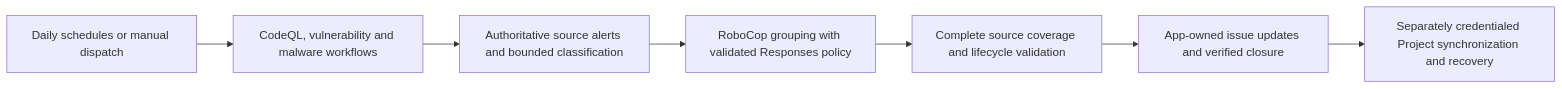
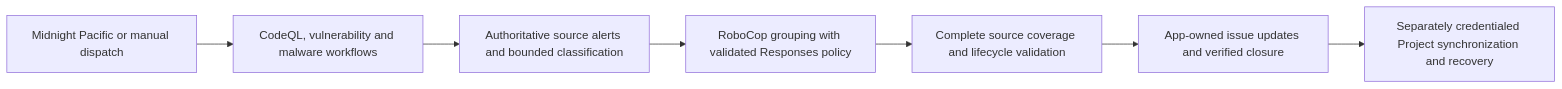
The third of 4 diagrams in .github/workflows/README.md (VanillaIceCube/MacroMapper), drawn with Mermaid before and after one commit. The commit also changed other lines of this file and 7 other files, not shown here.

Commit message:
ci: schedule security workflows at midnight Pacific

````diff
--- a/.github/workflows/README.md
+++ b/.github/workflows/README.md
@@ -625,9 +625,9 @@
 ```mermaid
 flowchart LR
-  Schedule[Daily schedules or manual dispatch] --> Feeds[CodeQL, vulnerability and malware workflows]
+  Schedule[Midnight Pacific or manual dispatch] --> Feeds[CodeQL, vulnerability and malware workflows]
   Feeds --> Source[Authoritative source alerts and bounded classification]
   Source --> Robo[RoboCop grouping with validated Responses policy]
   Robo --> Validate[Complete source coverage and lifecycle validation]
   Validate --> Issues[App-owned issue updates and verified closure]
   Issues --> Project[Separately credentialed Project synchronization and recovery]
 ```
````
